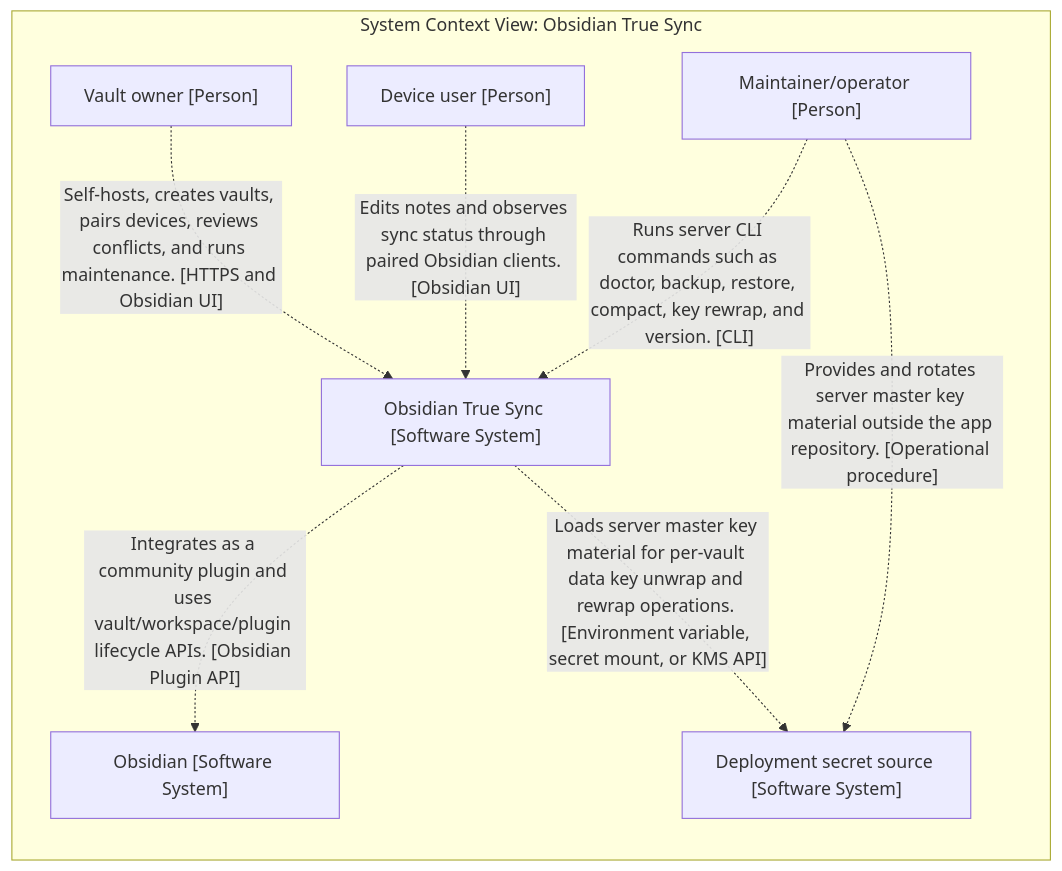
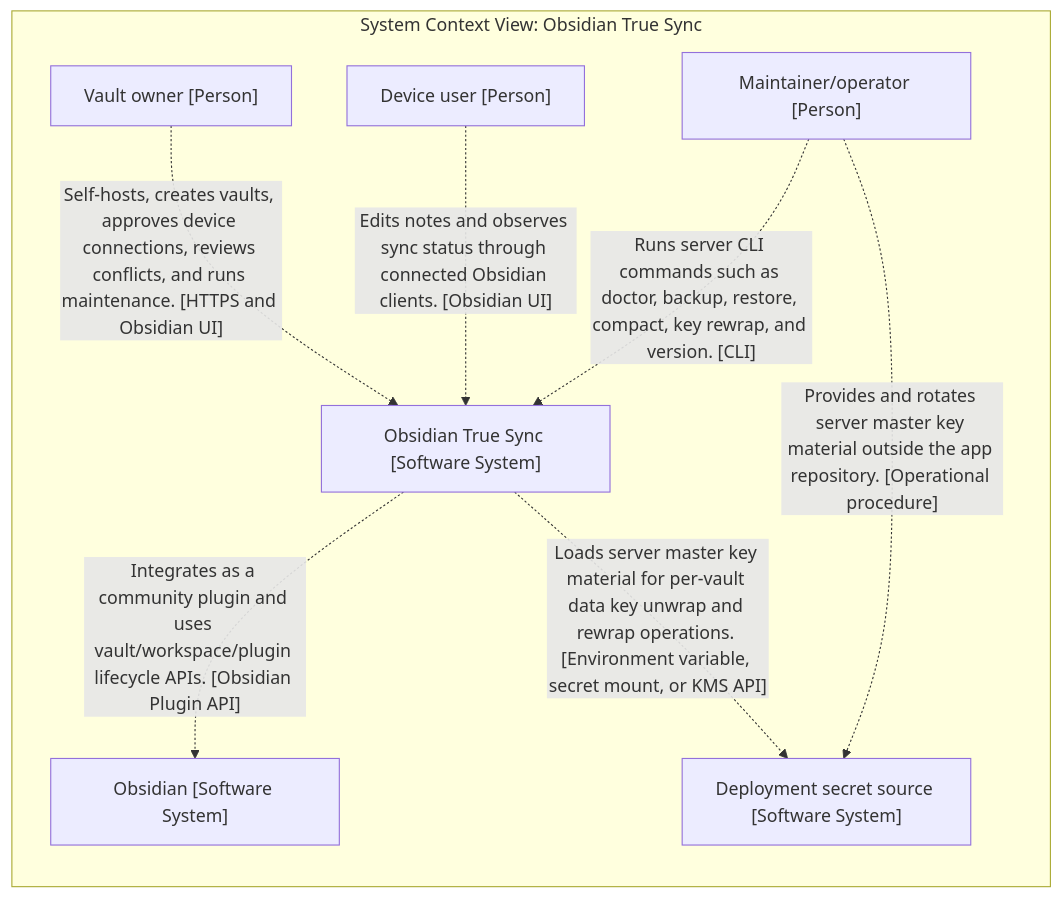
One commit to nareto/obts changed the fifth of 5 diagrams in architecture/DIAGRAMS.md. Above: the diagram before and after it, drawn with Mermaid. The commit also changed other lines of this file and 24 other files, not shown here.

````diff
--- a/architecture/DIAGRAMS.md
+++ b/architecture/DIAGRAMS.md
@@ -210,22 +219,22 @@
 ```mermaid
 graph LR
 
   subgraph diagram ["System Context View: Obsidian True Sync"]
 
     1["Vault owner [Person]"]
     2["Device user [Person]"]
     3["Maintainer/operator [Person]"]
     4["Obsidian [Software System]"]
     5["Deployment secret source [Software System]"]
     6["Obsidian True Sync [Software System]"]
 
-    1-. "Self-hosts, creates vaults, pairs devices, reviews conflicts, and runs maintenance. [HTTPS and Obsidian UI]" .->6
-    2-. "Edits notes and observes sync status through paired Obsidian clients. [Obsidian UI]" .->6
+    1-. "Self-hosts, creates vaults, approves device connections, reviews conflicts, and runs maintenance. [HTTPS and Obsidian UI]" .->6
+    2-. "Edits notes and observes sync status through connected Obsidian clients. [Obsidian UI]" .->6
     3-. "Runs server CLI commands such as doctor, backup, restore, compact, key rewrap, and version. [CLI]" .->6
     3-. "Provides and rotates server master key material outside the app repository. [Operational procedure]" .->5
     6-. "Integrates as a community plugin and uses vault/workspace/plugin lifecycle APIs. [Obsidian Plugin API]" .->4
     6-. "Loads server master key material for per-vault data key unwrap and rewrap operations. [Environment variable, secret mount, or KMS API]" .->5
 
   end
 
 ```
````
